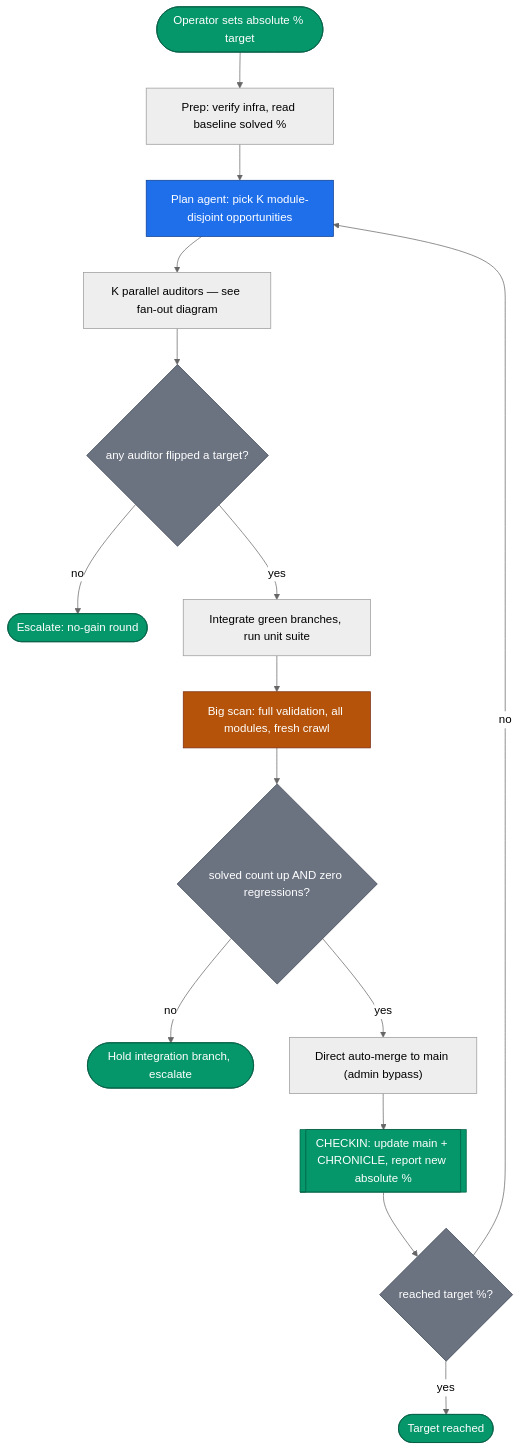
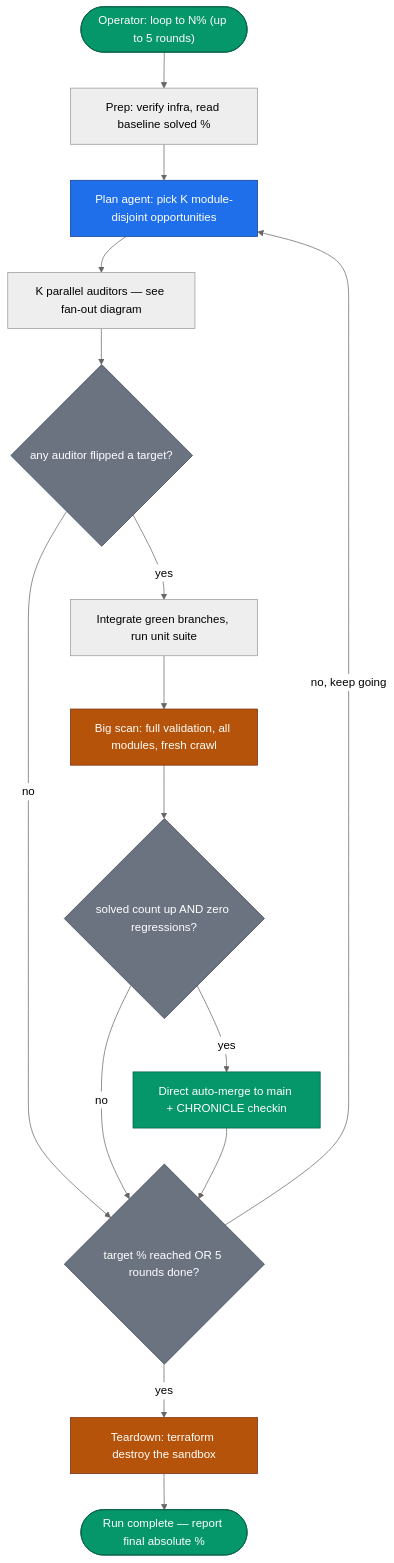
Before and after one commit to SageSalmon/Diana-Web-Scanner: the first of 2 diagrams in docs/AGENTIC_SDLC.md, drawn with Mermaid (neutral theme). The commit also changed other lines of this file and 2 other files, not shown here.

Commit message:
solve-loop: teardown AWS sandbox at end of run; doc updates
- Workflow: final Teardown phase runs `terraform destroy` after the loop (all
  merges pushed first). Default on; teardown:false leaves infra up.
- AGENTIC_SDLC.md: lifecycle diagram reflects the 5-round cap, no-gain-continues
  logic, and end-of-run teardown; documents the teardown arg.
- AGENT_LOOPS.md: point at AGENTIC_SDLC.md as the autonomous parallel loop that
  composes the short + long loops.

````diff
--- a/docs/AGENTIC_SDLC.md
+++ b/docs/AGENTIC_SDLC.md
@@ -22,31 +25,31 @@
 ```mermaid
 flowchart TB
-  op(["Operator sets absolute % target"]) --> prep
+  op(["Operator: loop to N% (up to 5 rounds)"]) --> prep
   prep["Prep: verify infra, read baseline solved %"] --> plan
   plan["Plan agent: pick K module-disjoint opportunities"] --> auditors
   auditors["K parallel auditors — see fan-out diagram"] --> flip
 
   flip{"any auditor flipped a target?"}
-  flip -- no --> escNoGain(["Escalate: no-gain round"])
+  flip -- no --> roundEnd
   flip -- yes --> integ
   integ["Integrate green branches, run unit suite"] --> big
   big["Big scan: full validation, all modules, fresh crawl"] --> ok
   ok{"solved count up AND zero regressions?"}
-  ok -- no --> hold(["Hold integration branch, escalate"])
-  ok -- yes --> land
-  land["Direct auto-merge to main (admin bypass)"] --> checkin
-  checkin[["CHECKIN: update main + CHRONICLE, report new absolute %"]]
-  checkin --> tgt
-  tgt{"reached target %?"}
-  tgt -- no --> plan
-  tgt -- yes --> done(["Target reached"])
+  ok -- no --> roundEnd
+  ok -- yes --> land["Direct auto-merge to main + CHRONICLE checkin"]
+  land --> roundEnd
+
+  roundEnd{"target % reached OR 5 rounds done?"}
+  roundEnd -- "no, keep going" --> plan
+  roundEnd -- "yes" --> teardown["Teardown: terraform destroy the sandbox"]
+  teardown --> done(["Run complete — report final absolute %"])
 
   classDef agent fill:#1f6feb,stroke:#0b3d91,color:#fff;
   classDef aws fill:#b45309,stroke:#7c2d12,color:#fff;
   classDef gate fill:#6b7280,stroke:#374151,color:#fff;
   classDef human fill:#059669,stroke:#065f46,color:#fff;
   class plan agent;
-  class big aws;
-  class flip,ok,tgt gate;
-  class op,checkin,done,escNoGain,hold human;
+  class big,teardown aws;
+  class flip,ok,roundEnd gate;
+  class op,land,done human;
 ```
````
